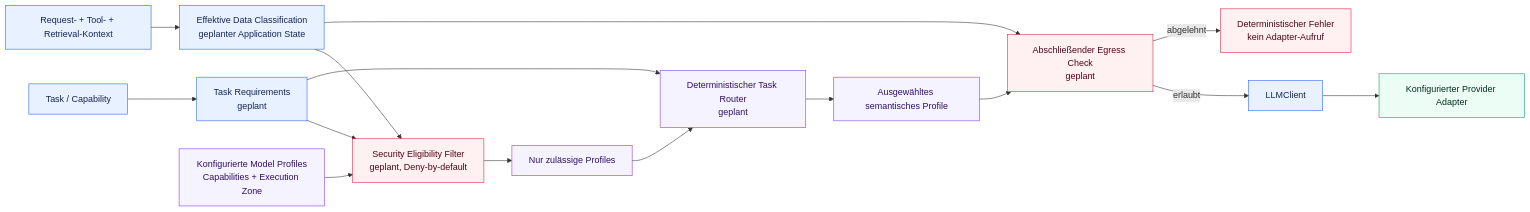
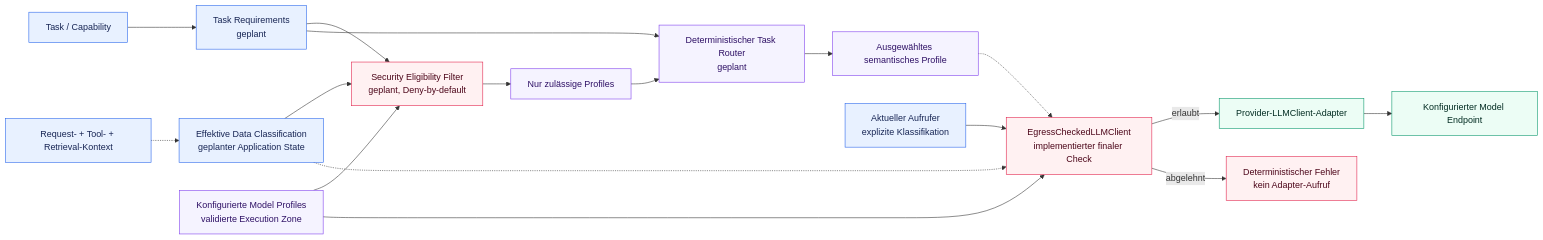
The eighth of 10 diagrams in docs/architecture/overview.de.md (aboerzel/industrial-ai-agent), drawn with Mermaid before and after one commit. The commit also changed other lines of this file and 13 other files, not shown here.

Commit message:
feat: enforce model data egress policy

````diff
--- a/docs/architecture/overview.de.md
+++ b/docs/architecture/overview.de.md
@@ -409,26 +426,28 @@
 ```mermaid
 flowchart LR
     Task["Task / Capability"] --> Requirements["Task Requirements<br/>geplant"]
-    Context["Request- + Tool- + Retrieval-Kontext"] --> Classification["Effektive Data Classification<br/>geplanter Application State"]
+    Context["Request- + Tool- + Retrieval-Kontext"] -.-> Classification["Effektive Data Classification<br/>geplanter Application State"]
     Requirements --> Eligibility["Security Eligibility Filter<br/>geplant, Deny-by-default"]
     Classification --> Eligibility
-    Profiles["Konfigurierte Model Profiles<br/>Capabilities + Execution Zone"] --> Eligibility
+    Profiles["Konfigurierte Model Profiles<br/>validierte Execution Zone"] --> Eligibility
     Eligibility --> Eligible["Nur zulässige Profiles"]
     Eligible --> Router["Deterministischer Task Router<br/>geplant"]
     Requirements --> Router
     Router --> Selected["Ausgewähltes semantisches Profile"]
-    Selected --> FinalCheck["Abschließender Egress Check<br/>geplant"]
-    Classification --> FinalCheck
-    FinalCheck -->|"erlaubt"| Client["LLMClient"]
+    Caller["Aktueller Aufrufer<br/>explizite Klassifikation"] --> FinalCheck["EgressCheckedLLMClient<br/>implementierter finaler Check"]
+    Selected -.-> FinalCheck
+    Profiles --> FinalCheck
+    Classification -.-> FinalCheck
+    FinalCheck -->|"erlaubt"| Client["Provider-LLMClient-Adapter"]
     FinalCheck -->|"abgelehnt"| Failure["Deterministischer Fehler<br/>kein Adapter-Aufruf"]
-    Client --> Adapter["Konfigurierter Provider Adapter"]
+    Client --> Endpoint["Konfigurierter Model Endpoint"]
 
     classDef core fill:#e8f1ff,stroke:#2563eb,color:#172554
     classDef security fill:#fff1f2,stroke:#e11d48,color:#4c0519
     classDef routing fill:#f5f3ff,stroke:#7c3aed,color:#2e1065
     classDef adapter fill:#ecfdf5,stroke:#059669,color:#022c22
-    class Task,Requirements,Context,Classification,Client core
+    class Task,Requirements,Context,Classification,Caller core
     class Eligibility,FinalCheck,Failure security
     class Profiles,Eligible,Router,Selected routing
-    class Adapter adapter
+    class Client,Endpoint adapter
 ```
````
